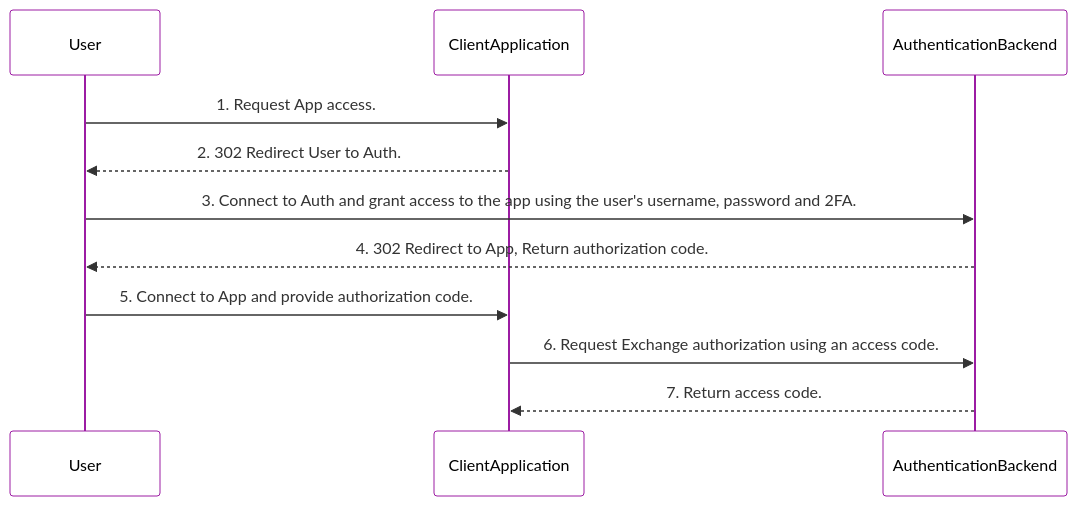
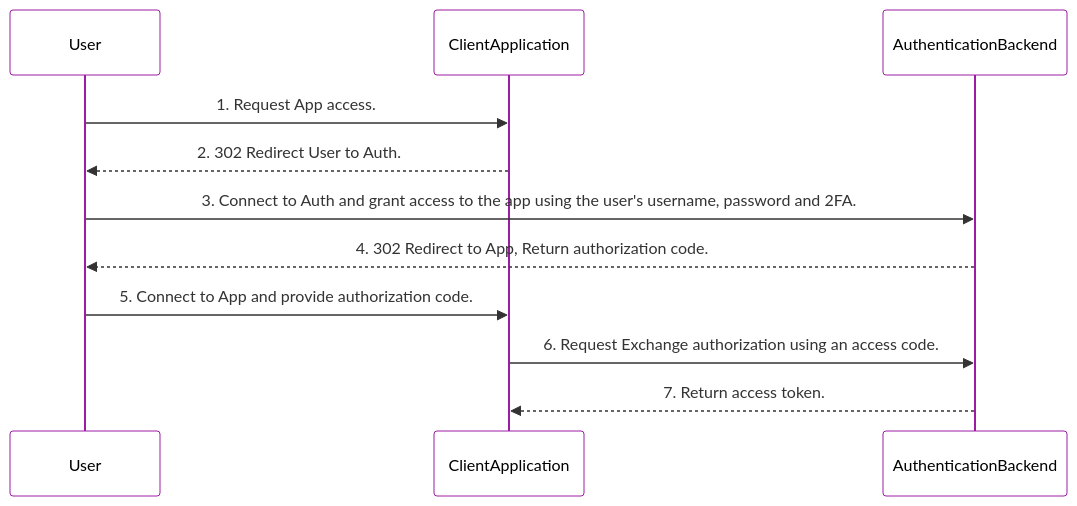
The diagram in README.md (abdoulfataoh/oauth2), drawn with Mermaid before and after one commit.

Commit message:
update oauth2 flow

````diff
--- a/README.md
+++ b/README.md
@@ -22,16 +22,16 @@
 ```mermaid
 %%{init: {'theme': 'base', 'themeVariables': { 'primaryColor': 'transparent', 'secondaryColor': 'transparent', 'tertiaryColor': 'transparent', 'actorTextColor': '#000000', 'lineColor': '#00FF00', 'primaryBorderColor': '#9c1ca3'}}}%%
 
 sequenceDiagram
     participant User
     participant Client as ClientApplication
     participant Auth as AuthenticationBackend
 
     User->>Client: 1. Request App access.
     Client-->>User: 2. 302 Redirect User to Auth.
     User->>Auth: 3. Connect to Auth and grant access to the app using the user's username, password and 2FA.
     Auth-->>User: 4. 302 Redirect to App, Return authorization code.
     User->>Client: 5. Connect to App and provide authorization code.
     Client->>Auth: 6. Request Exchange authorization using an access code.
-    Auth-->>Client: 7. Return access code.
+    Auth-->>Client: 7. Return access token.
 ```
````
